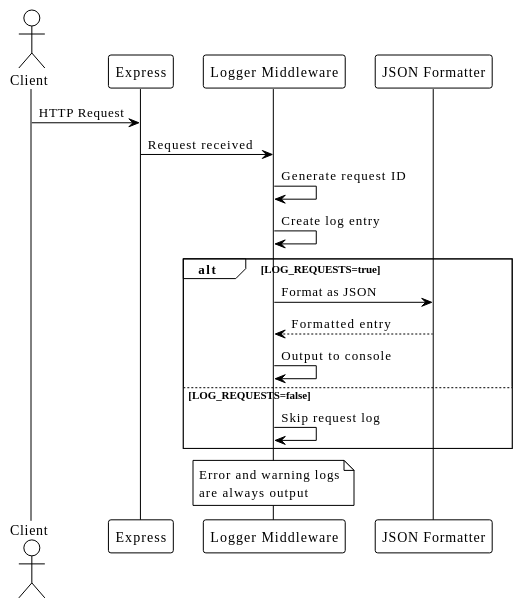
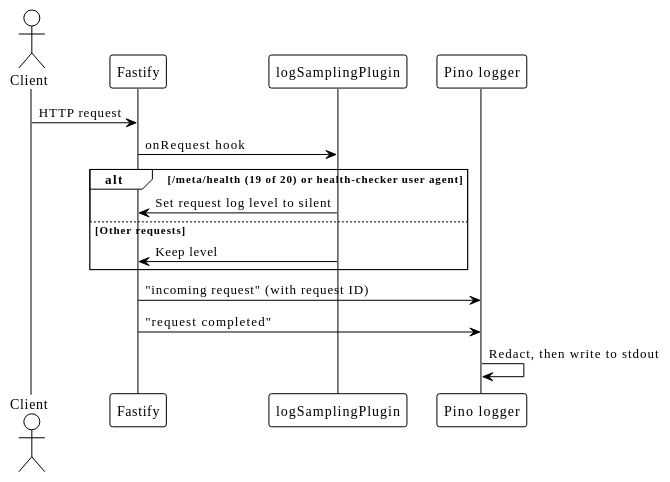
The fourth of 4 diagrams in docs/LOGGING.md (EraPartner/Watchman), drawn with PlantUML before and after one commit. The commit also changed other lines of this file and 32 other files, not shown here.

````diff
--- a/docs/LOGGING.md
+++ b/docs/LOGGING.md
@@ -271,30 +167,23 @@
 ```plantuml
 @startuml
 !theme plain
 
 actor "Client" as Client
-participant "Express" as Express
-participant "Logger Middleware" as Logger
-participant "JSON Formatter" as Format
+participant "Fastify" as Fastify
+participant "logSamplingPlugin" as Sampling
+participant "Pino logger" as Logger
 
-Client -> Express : HTTP Request
-Express -> Logger : Request received
+Client -> Fastify : HTTP request
+Fastify -> Sampling : onRequest hook
 
-Logger -> Logger : Generate request ID
-Logger -> Logger : Create log entry
-
-alt LOG_REQUESTS=true
-    Logger -> Format : Format as JSON
-    Format --> Logger : Formatted entry
-    Logger -> Logger : Output to console
-
-else LOG_REQUESTS=false
-    Logger -> Logger : Skip request log
+alt /meta/health (19 of 20) or health-checker user agent
+    Sampling -> Fastify : Set request log level to silent
+else Other requests
+    Sampling -> Fastify : Keep level
 end
 
-note over Logger
-  Error and warning logs
-  are always output
-end note
+Fastify -> Logger : "incoming request" (with request ID)
+Fastify -> Logger : "request completed"
+Logger -> Logger : Redact, then write to stdout
 @enduml
 ```
````
